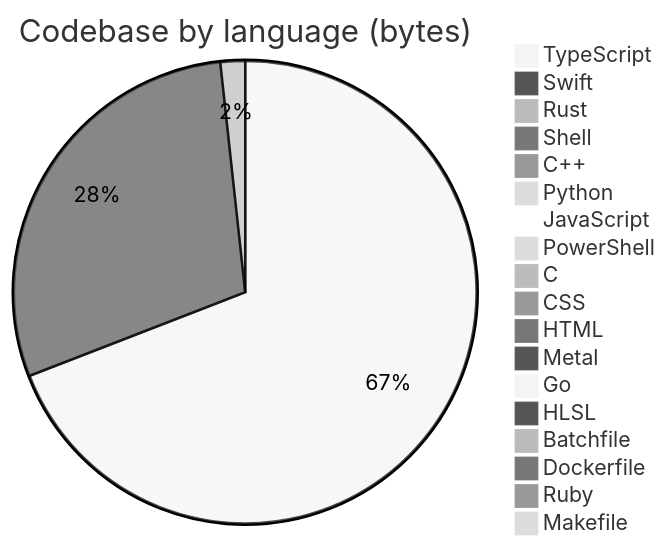
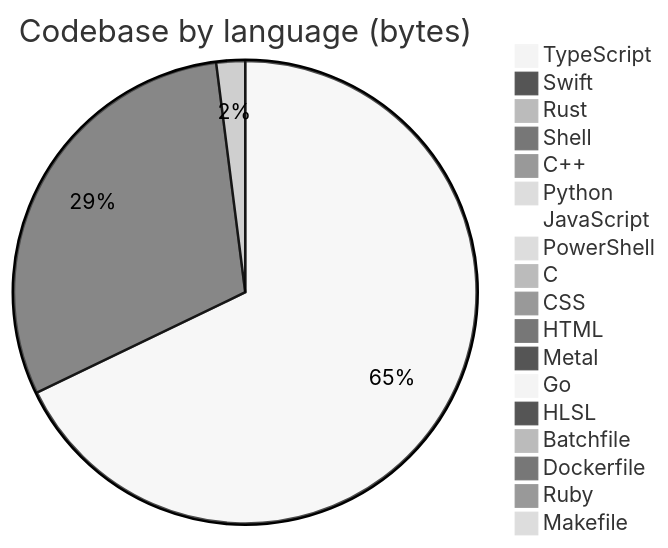
The diagram in profile/README.md (Open330/.github), drawn with Mermaid (neutral theme) before and after one commit. The commit also changed other lines of this file, not shown here.

````diff
--- a/profile/README.md
+++ b/profile/README.md
@@ -127,21 +127,21 @@
 ```mermaid
 pie title Codebase by language (bytes)
-    "TypeScript" : 34023857
-    "Swift" : 14353189
-    "Rust" : 848140
-    "Shell" : 455362
+    "TypeScript" : 34121315
+    "Swift" : 15153141
+    "Rust" : 1010364
+    "Shell" : 470459
     "C++" : 388775
     "Python" : 297604
-    "JavaScript" : 236462
+    "JavaScript" : 239569
     "PowerShell" : 128198
     "C" : 114143
-    "CSS" : 83419
+    "CSS" : 84252
     "HTML" : 34564
     "Metal" : 33033
     "Go" : 22811
     "HLSL" : 7527
     "Batchfile" : 5870
     "Dockerfile" : 4893
     "Ruby" : 1554
     "Makefile" : 1150
 ```
````
